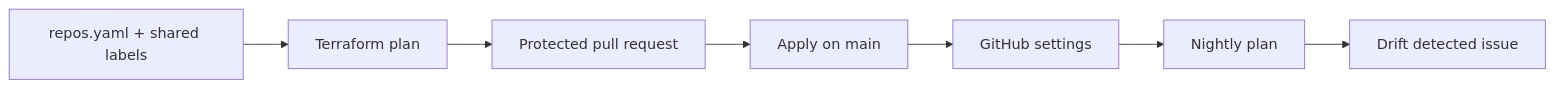
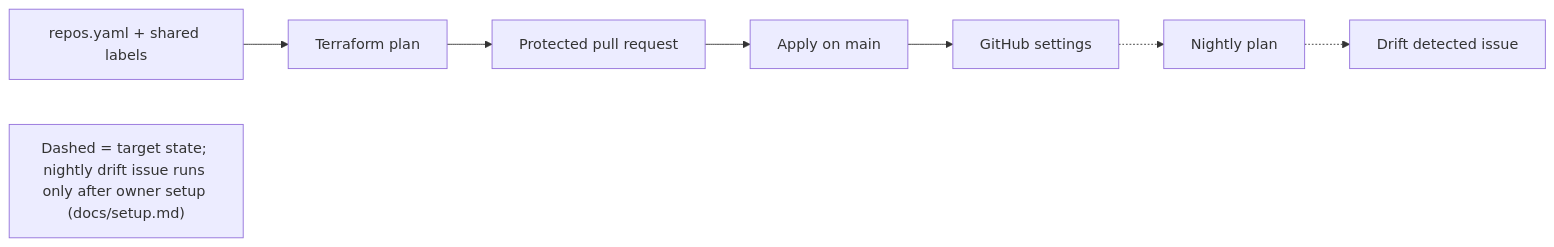
One commit to Abdel-Abdelaal/github-governance changed the diagram in README.md. Above: the diagram before and after it, drawn with Mermaid. The commit also changed other lines of this file, not shown here.

First line of the commit message:
docs: say nightly drift checks wait for owner setup (#47)

````diff
--- a/README.md
+++ b/README.md
@@ -26,9 +26,10 @@
 ```mermaid
 flowchart LR
   Spec[repos.yaml + shared labels] --> Plan[Terraform plan]
   Plan --> Review[Protected pull request]
   Review --> Apply[Apply on main]
-  Live[GitHub settings] --> Drift[Nightly plan]
-  Drift --> Issue[Drift detected issue]
+  Live[GitHub settings] -.-> Drift[Nightly plan]
+  Drift -.-> Issue[Drift detected issue]
   Apply --> Live
+  Note["Dashed = target state; nightly drift issue runs only after owner setup (docs/setup.md)"]
 ```
````
